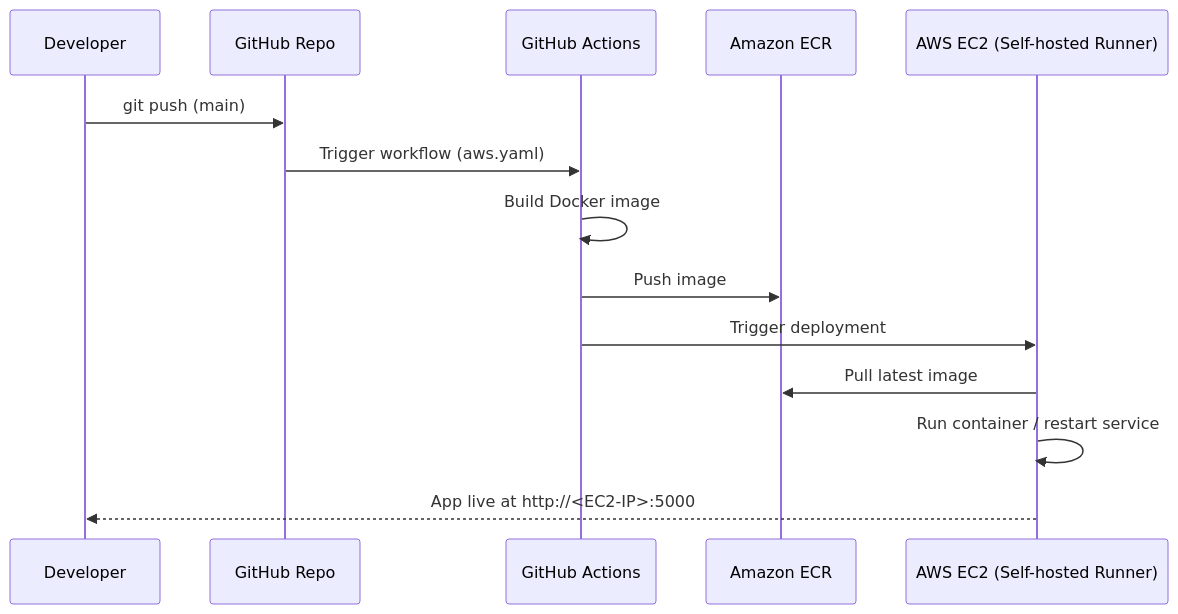
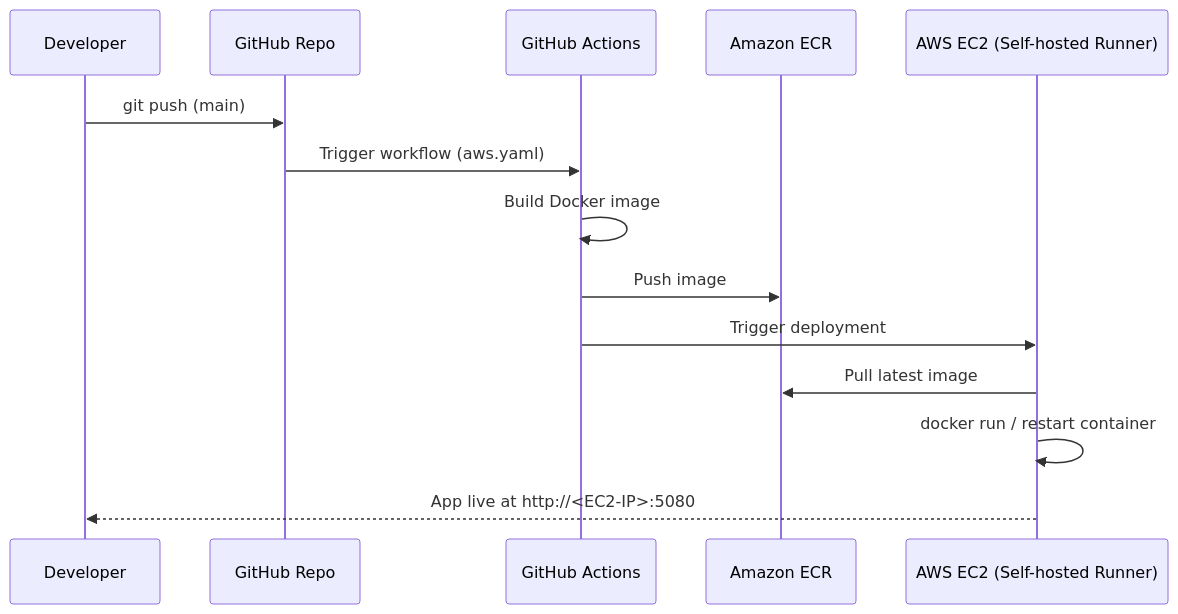
One commit to ThakurNishant2004/Vehicle-Insurance changed the second of 2 diagrams in README.md. Above: the diagram before and after it, drawn with Mermaid. The commit also changed other lines of this file, not shown here.

````diff
--- a/README.md
+++ b/README.md
@@ -227,17 +401,17 @@
 ```mermaid
 sequenceDiagram
     participant Dev as Developer
     participant GH as GitHub Repo
     participant GA as GitHub Actions
     participant ECR as Amazon ECR
     participant EC2 as AWS EC2 (Self-hosted Runner)
 
     Dev->>GH: git push (main)
     GH->>GA: Trigger workflow (aws.yaml)
     GA->>GA: Build Docker image
     GA->>ECR: Push image
     GA->>EC2: Trigger deployment
     EC2->>ECR: Pull latest image
-    EC2->>EC2: Run container / restart service
-    EC2-->>Dev: App live at http://<EC2-IP>:5000
+    EC2->>EC2: docker run / restart container
+    EC2-->>Dev: App live at http://<EC2-IP>:5080
 ```
````
